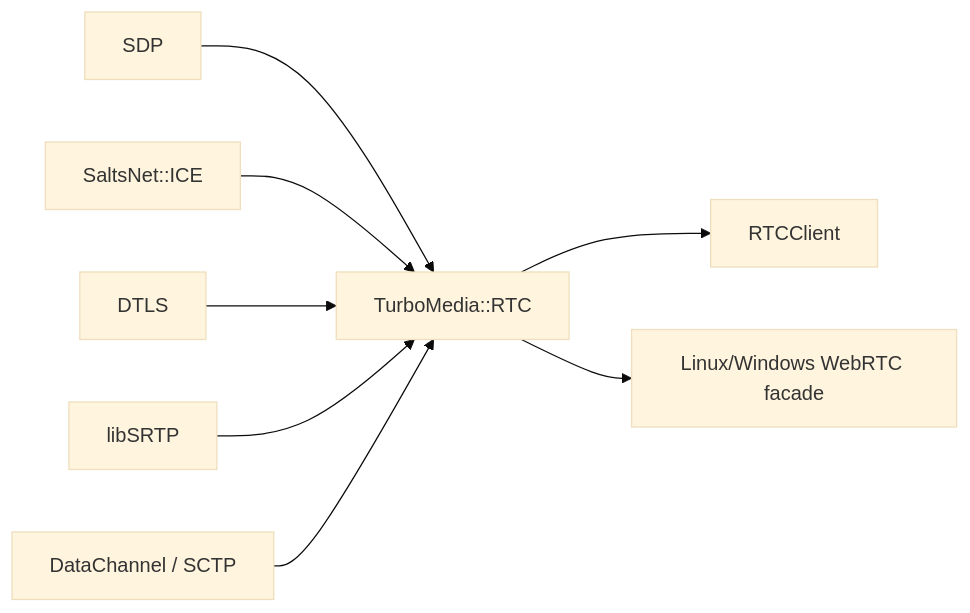
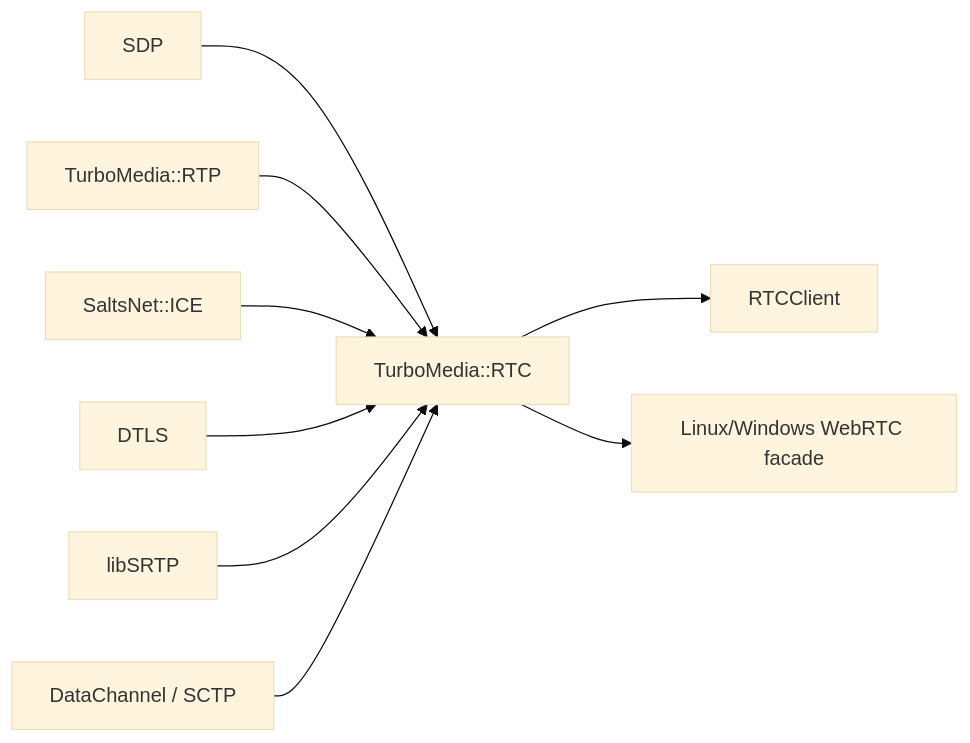
The third of 6 diagrams in ARCHITECTURE.md (qigao/turbomedia), drawn with Mermaid (base theme) before and after one commit. The commit also changed other lines of this file and 859 other files, not shown here.

````diff
--- a/ARCHITECTURE.md
+++ b/ARCHITECTURE.md
@@ -111,19 +206,21 @@
 ```mermaid
 flowchart LR
   SDP["SDP"]
+  RTP["TurboMedia::RTP"]
   ICE["SaltsNet::ICE"]
   DTLS["DTLS"]
   SRTP["libSRTP"]
   DC["DataChannel / SCTP"]
   RTC["TurboMedia::RTC"]
   Client["RTCClient"]
   Desktop["Linux/Windows WebRTC facade"]
 
   SDP --> RTC
+  RTP --> RTC
   ICE --> RTC
   DTLS --> RTC
   SRTP --> RTC
   DC --> RTC
   RTC --> Client
   RTC --> Desktop
 ```
````
